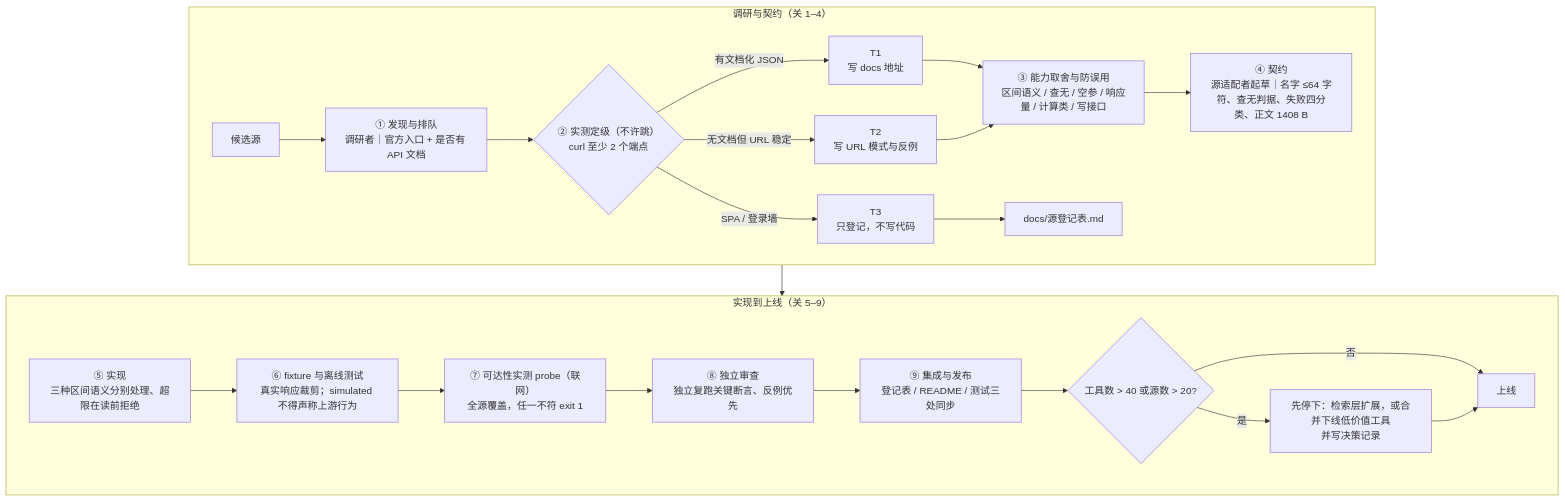
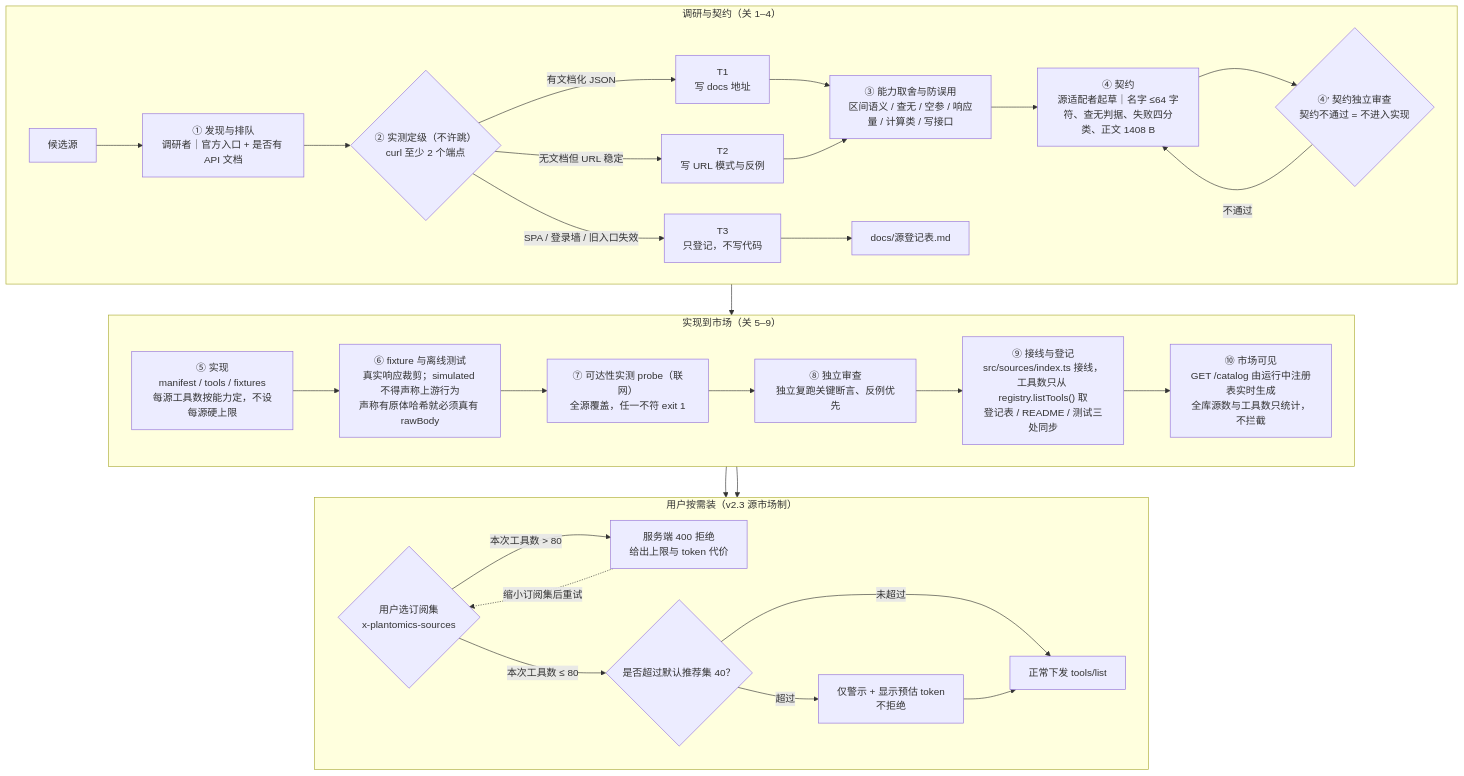
One commit to maorong-rong/plant-omics changed the diagram in docs/figures/fig2-加源流水线.mmd. Above: the diagram before and after it, drawn with Mermaid. The commit also changed 122 other files, not shown here.

```diff
--- a/docs/figures/fig2-加源流水线.mmd
+++ b/docs/figures/fig2-加源流水线.mmd
@@ -1,25 +1,38 @@
 flowchart TB
   subgraph G1["调研与契约（关 1–4）"]
     direction LR
     S["候选源"] --> P1["① 发现与排队<br/>调研者｜官方入口 + 是否有 API 文档"]
     P1 --> P2{"② 实测定级（不许跳）<br/>curl 至少 2 个端点"}
     P2 -->|"有文档化 JSON"| T1["T1<br/>写 docs 地址"]
     P2 -->|"无文档但 URL 稳定"| T2["T2<br/>写 URL 模式与反例"]
-    P2 -->|"SPA / 登录墙"| T3["T3<br/>只登记，不写代码"]
+    P2 -->|"SPA / 登录墙 / 旧入口失效"| T3["T3<br/>只登记，不写代码"]
     T1 --> P3
     T2 --> P3
     T3 --> REG["docs/源登记表.md"]
     P3["③ 能力取舍与防误用<br/>区间语义 / 查无 / 空参 / 响应量 / 计算类 / 写接口"] --> P4["④ 契约<br/>源适配者起草｜名字 ≤64 字符、查无判据、失败四分类、正文 1408 B"]
+    P4 --> RC{"④′ 契约独立审查<br/>契约不通过 = 不进入实现"}
+    RC -->|"不通过"| P4
   end
-  subgraph G2["实现到上线（关 5–9）"]
+
+  subgraph G2["实现到市场（关 5–9）"]
     direction LR
-    P5["⑤ 实现<br/>三种区间语义分别处理、超限在读前拒绝"] --> P6["⑥ fixture 与离线测试<br/>真实响应裁剪；simulated 不得声称上游行为"]
+    P5["⑤ 实现<br/>manifest / tools / fixtures<br/>每源工具数按能力定，不设每源硬上限"] --> P6["⑥ fixture 与离线测试<br/>真实响应裁剪；simulated 不得声称上游行为<br/>声称有原体哈希就必须真有 rawBody"]
     P6 --> P7["⑦ 可达性实测 probe（联网）<br/>全源覆盖，任一不符 exit 1"]
     P7 --> P8["⑧ 独立审查<br/>独立复跑关键断言、反例优先"]
-    P8 --> P9["⑨ 集成与发布<br/>登记表 / README / 测试三处同步"]
-    P9 --> BUDGET{"工具数 > 40 或源数 > 20?"}
-    BUDGET -->|"是"| RS["先停下：检索层扩展，或合并下线低价值工具<br/>并写决策记录"]
-    BUDGET -->|"否"| DONE["上线"]
-    RS --> DONE
+    P8 --> P9["⑨ 接线与登记<br/>src/sources/index.ts 接线，工具数只从 registry.listTools() 取<br/>登记表 / README / 测试三处同步"]
+    P9 --> P10["⑩ 市场可见<br/>GET /catalog 由运行中注册表实时生成<br/>全库源数与工具数只统计，不拦截"]
   end
+
+  subgraph G3["用户按需装（v2.3 源市场制）"]
+    direction LR
+    P10 --> SUB{"用户选订阅集<br/>x-plantomics-sources"}
+    SUB -->|"本次工具数 > 80"| HARD["服务端 400 拒绝<br/>给出上限与 token 代价"]
+    SUB -->|"本次工具数 ≤ 80"| DEF{"是否超过默认推荐集 40？"}
+    DEF -->|"超过"| SOFT["仅警示 + 显示预估 token<br/>不拒绝"]
+    DEF -->|"未超过"| OK["正常下发 tools/list"]
+    SOFT --> OK
+  end
+
   G1 --> G2
+  G2 --> G3
+  HARD -.->|"缩小订阅集后重试"| SUB
```
